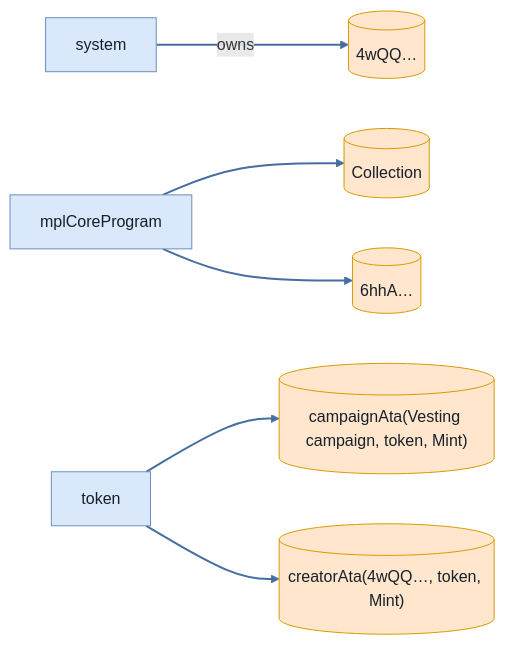
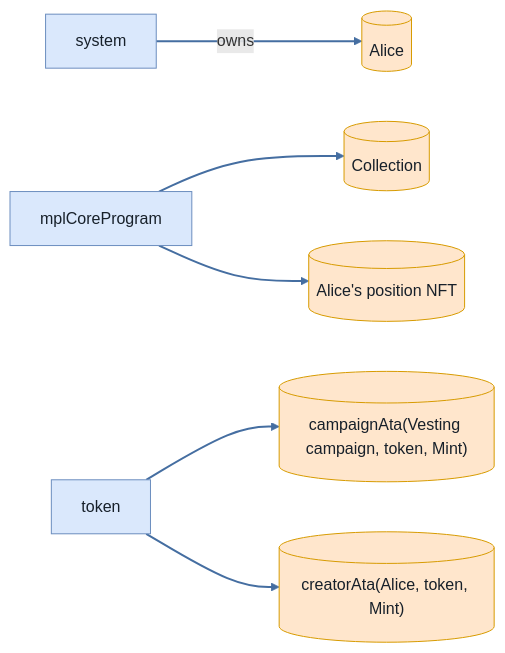
Before and after one commit to cds-turbin3/vesting-position: the ninth of 9 diagrams in babelfish-tests/test-report/clawback_requires_creator.md, drawn with Mermaid. The commit also changed other lines of this file and 104 other files, not shown here.

````diff
--- a/babelfish-tests/test-report/clawback_requires_creator.md
+++ b/babelfish-tests/test-report/clawback_requires_creator.md
@@ -414,20 +414,20 @@
 ```mermaid
 flowchart LR
     system["system"]:::program
-    n4wQQ[("4wQQ…")]:::state
+    Alice[("Alice")]:::state
     mplCoreProgram["mplCoreProgram"]:::program
     Collection[("Collection")]:::state
-    n6hhA[("6hhA…")]:::state
+    AlicespositionNFT[("Alice's position NFT")]:::state
     token["token"]:::program
     campaignAtaVestingcampaigntokenMint[("campaignAta(Vesting campaign, token, Mint)")]:::state
-    creatorAta4wQQtokenMint[("creatorAta(4wQQ…, token, Mint)")]:::state
-    system -->|owns| n4wQQ
+    creatorAtaAlicetokenMint[("creatorAta(Alice, token, Mint)")]:::state
+    system -->|owns| Alice
     mplCoreProgram --> Collection
-    mplCoreProgram --> n6hhA
+    mplCoreProgram --> AlicespositionNFT
     token --> campaignAtaVestingcampaigntokenMint
-    token --> creatorAta4wQQtokenMint
+    token --> creatorAtaAlicetokenMint
     classDef program fill:#dae8fc,stroke:#6c8ebf,color:#17202a;
     classDef signer fill:#d5e8d4,stroke:#82b366,color:#17202a;
     classDef state fill:#ffe6cc,stroke:#d79b00,color:#17202a;
     linkStyle 0,1,2,3,4 stroke:#456ea1,stroke-width:2px
 ```
````
